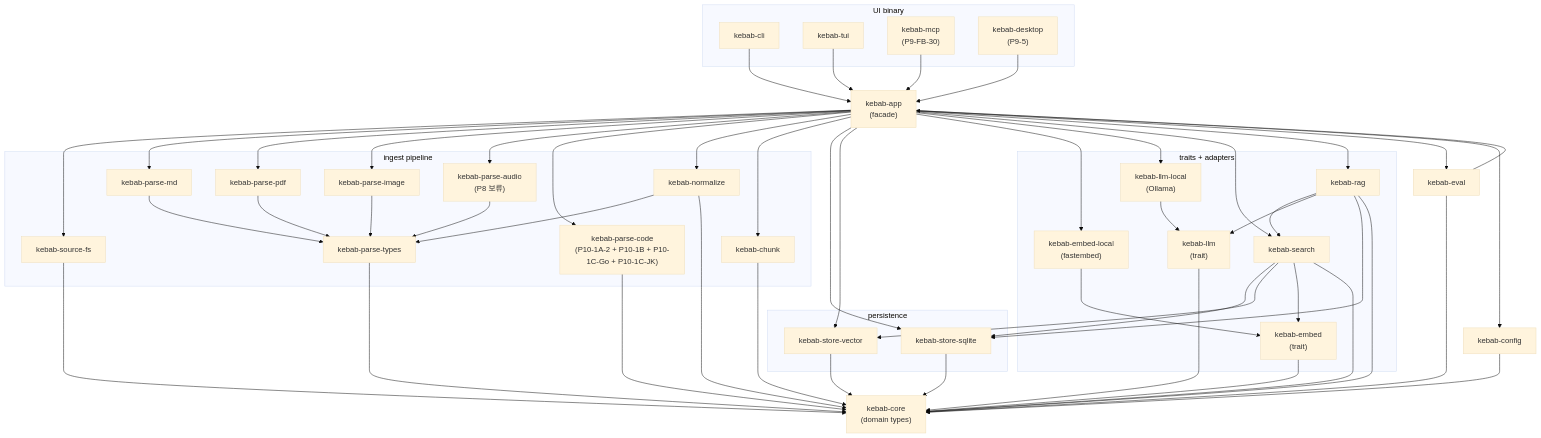
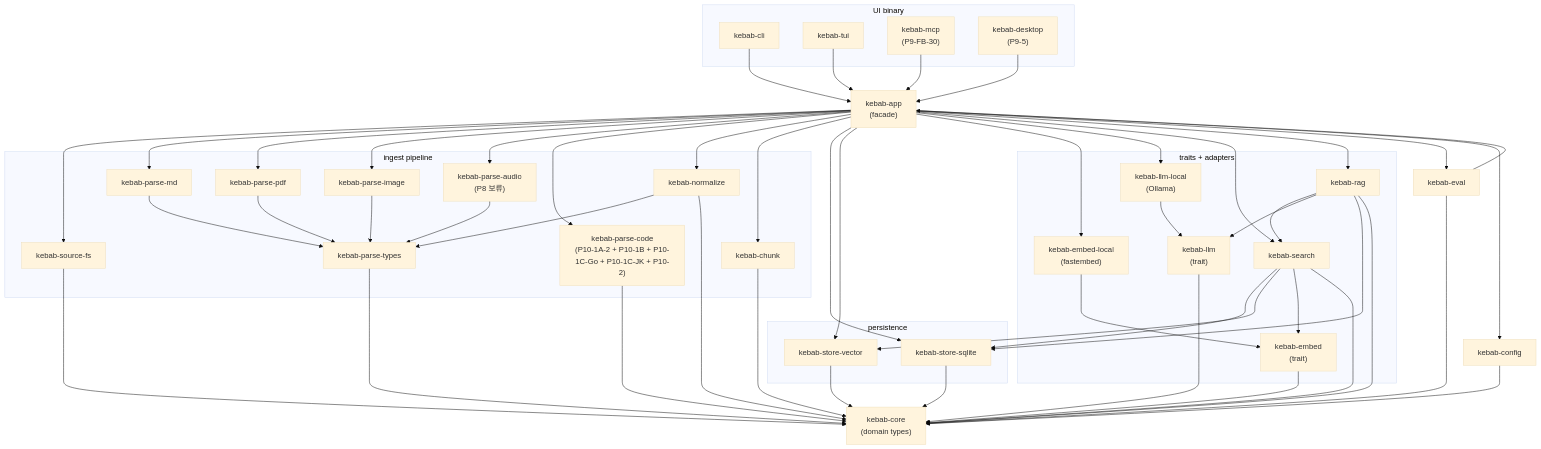
Before and after one commit to altair823/kebab: the diagram in docs/ARCHITECTURE.md, drawn with Mermaid (base theme). The commit also changed other lines of this file and 5 other files, not shown here.

First line of the commit message:
docs(p10-2): README/HANDOFF/ARCHITECTURE/SMOKE/INDEX sync + tasks/p10/INDEX

```diff
--- a/docs/ARCHITECTURE.md
+++ b/docs/ARCHITECTURE.md
@@ -52,7 +52,7 @@
         ppdf["kebab-parse-pdf"]
         pimg["kebab-parse-image"]
         paud["kebab-parse-audio<br/>(P8 보류)"]
-        pcode["kebab-parse-code<br/>(P10-1A-2 + P10-1B + P10-1C-Go + P10-1C-JK)"]
+        pcode["kebab-parse-code<br/>(P10-1A-2 + P10-1B + P10-1C-Go + P10-1C-JK + P10-2)"]
         ptypes["kebab-parse-types"]
         norm["kebab-normalize"]
         chunk["kebab-chunk"]
```
